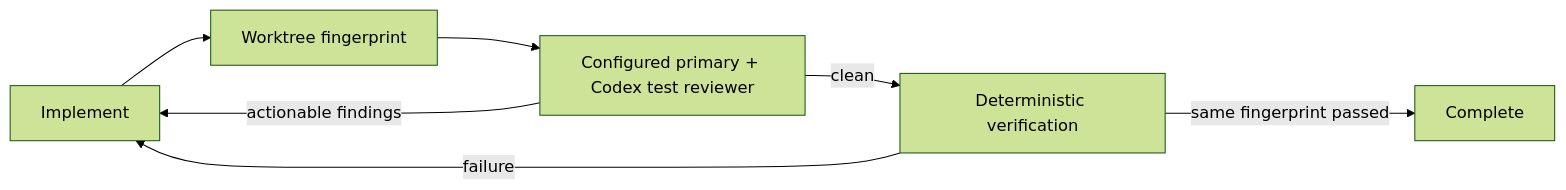
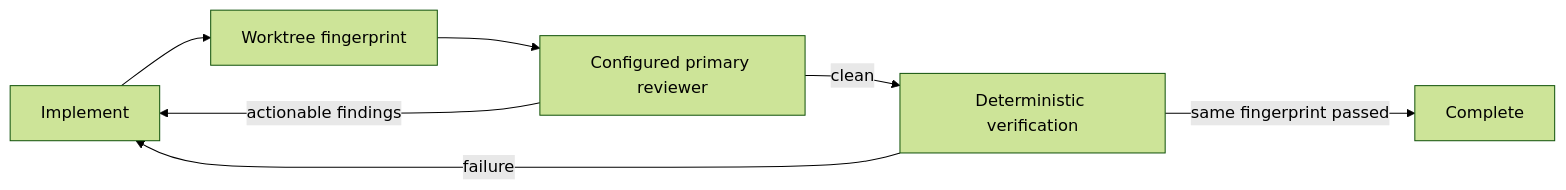
The diagram in README.md (sd0xdev/sd0x-dev-flow-codex), drawn with Mermaid (forest theme) before and after one commit. The commit also changed other lines of this file and 124 other files, not shown here.

````diff
--- a/README.md
+++ b/README.md
@@ -23,9 +23,9 @@
 ```mermaid
 flowchart LR
   I[Implement] --> F[Worktree fingerprint]
-  F --> R[Configured primary + Codex test reviewer]
+  F --> R[Configured primary reviewer]
   R -->|actionable findings| I
   R -->|clean| V[Deterministic verification]
   V -->|failure| I
   V -->|same fingerprint passed| C[Complete]
 ```
````
